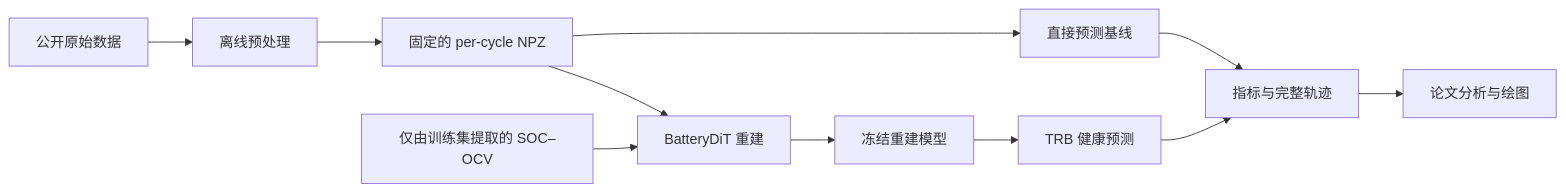
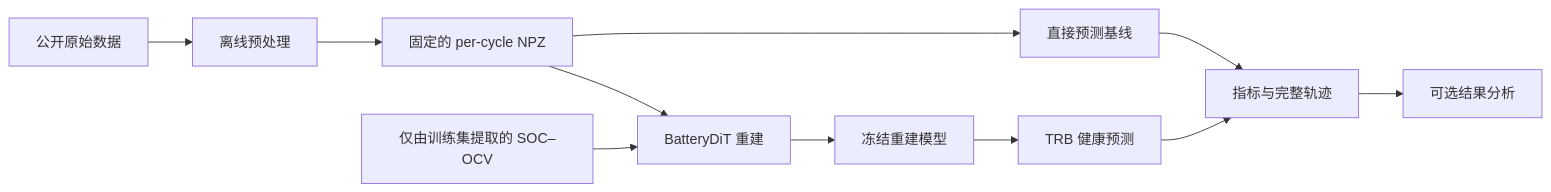
One commit to JohnResse1/BatteryDiT changed the diagram in README-zh.md. Above: the diagram before and after it, drawn with Mermaid. The commit also changed other lines of this file and 4 other files, not shown here.

````diff
--- a/README-zh.md
+++ b/README-zh.md
@@ -25,13 +26,13 @@
 ```mermaid
 flowchart LR
     A[公开原始数据] --> B[离线预处理]
     B --> C[固定的 per-cycle NPZ]
     C --> D[BatteryDiT 重建]
     O[仅由训练集提取的 SOC–OCV] --> D
     D --> E[冻结重建模型]
     E --> F[TRB 健康预测]
     C --> G[直接预测基线]
     F --> H[指标与完整轨迹]
     G --> H
-    H --> I[论文分析与绘图]
+    H --> I[可选结果分析]
 ```
````
